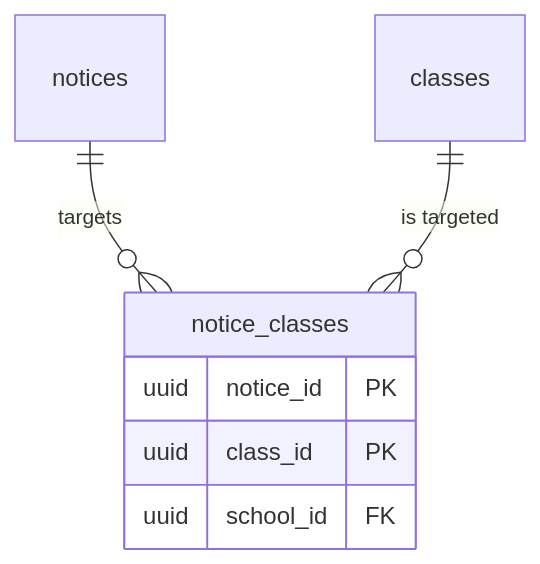
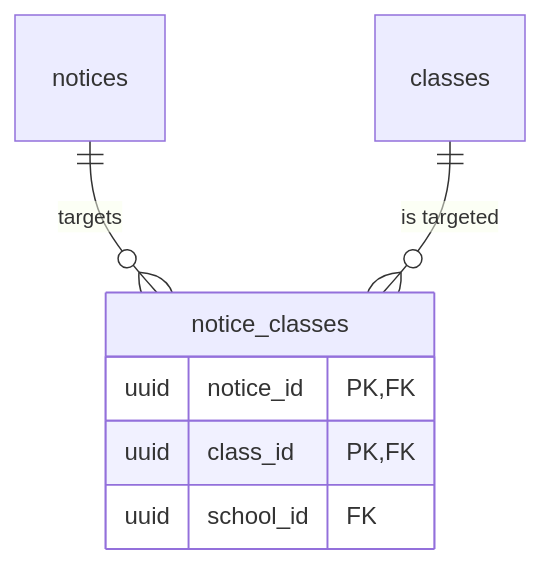
Before and after one commit to rahmat058/school-flow-ai: diagram 40 of 43 in docs/backend/Database.md, drawn with Mermaid. The commit also changed other lines of this file and 2 other files, not shown here.

````diff
--- a/docs/backend/Database.md
+++ b/docs/backend/Database.md
@@ -1411,10 +1518,10 @@
 ```mermaid
 erDiagram
   notices ||--o{ notice_classes : "targets"
   classes ||--o{ notice_classes : "is targeted"
   notice_classes {
-    uuid notice_id PK
-    uuid class_id PK
+    uuid notice_id PK, FK
+    uuid class_id PK, FK
     uuid school_id FK
   }
 ```
````
